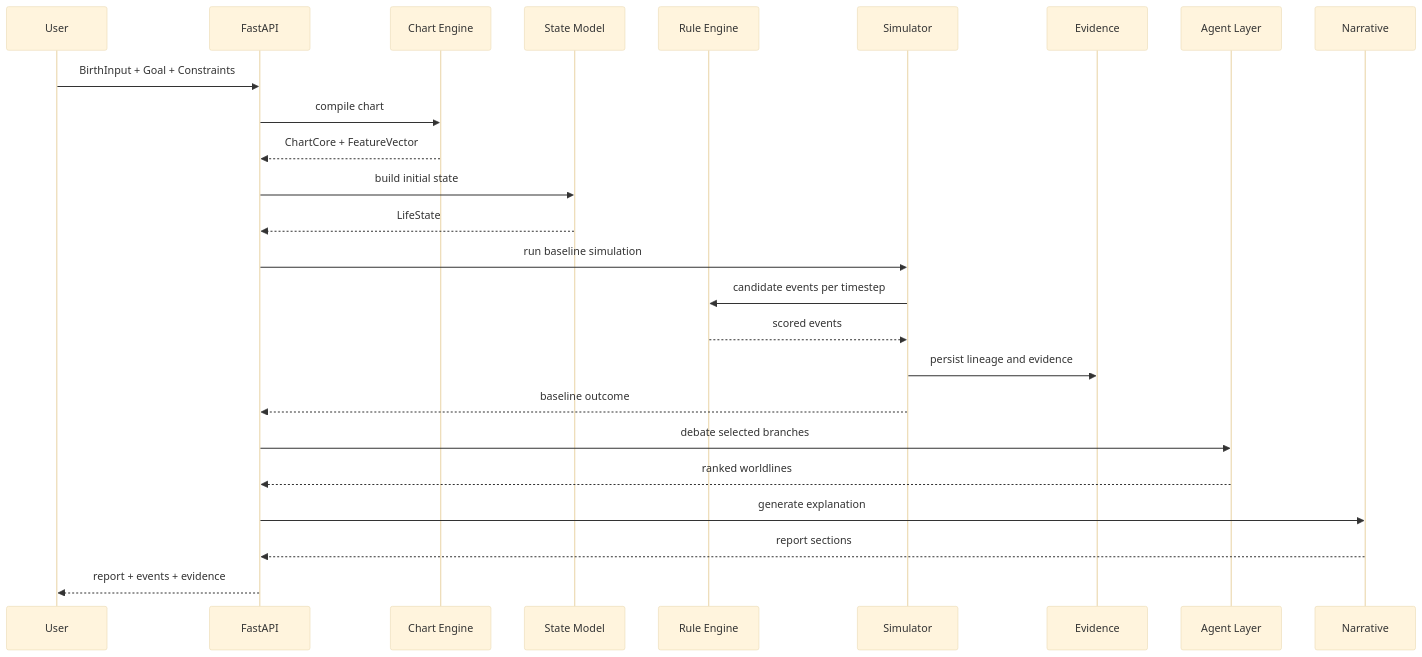
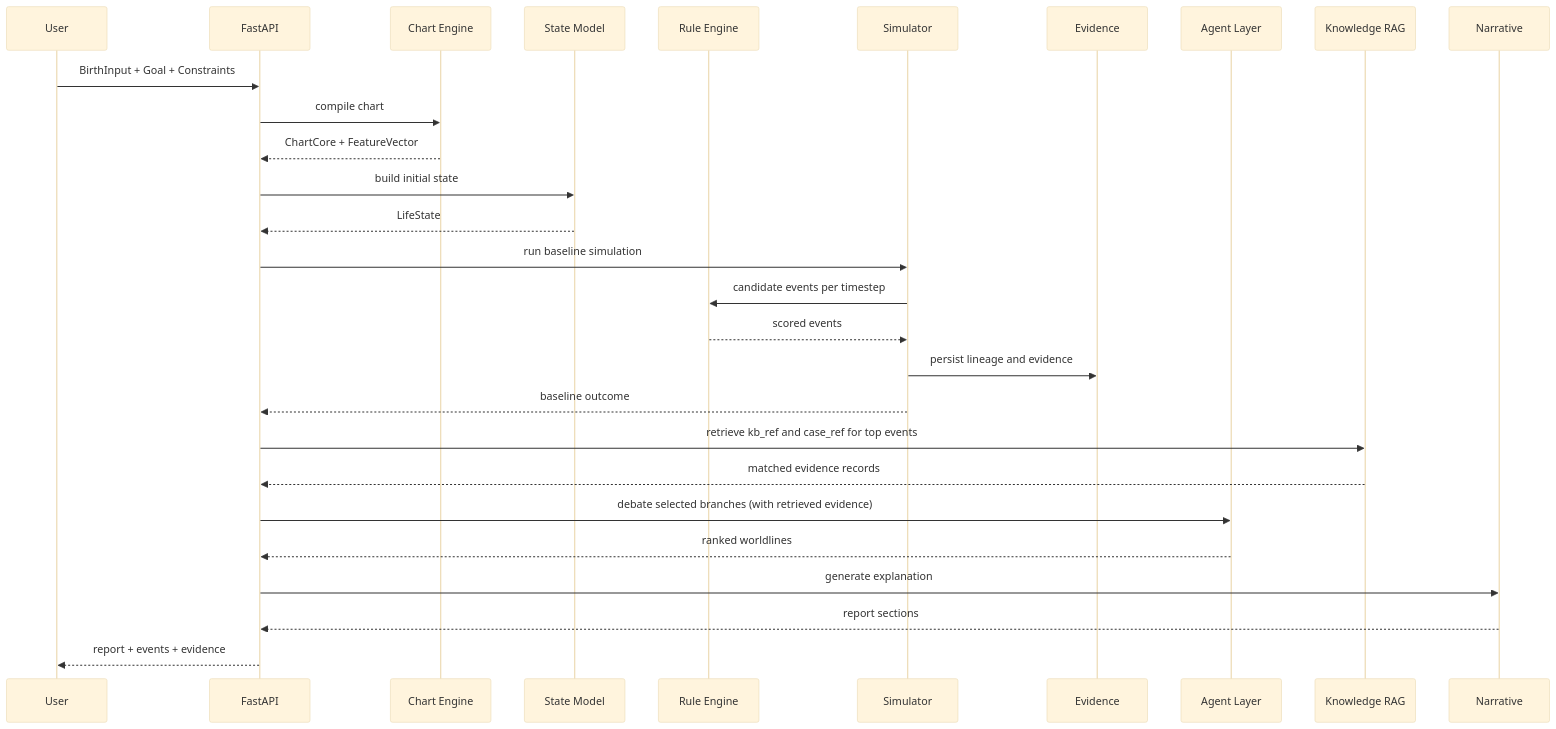
One commit to kimjuyoung1127/agentsaju changed the diagram in docs/02-core-architecture.md. Above: the diagram before and after it, drawn with Mermaid (base theme). The commit also changed other lines of this file and 5 other files, not shown here.

First line of the commit message:
Enhance design docs with 5 architectural improvements

````diff
--- a/docs/02-core-architecture.md
+++ b/docs/02-core-architecture.md
@@ -29,28 +31,31 @@
 ```mermaid
 sequenceDiagram
     participant U as User
     participant API as FastAPI
     participant CE as Chart Engine
     participant SM as State Model
     participant RE as Rule Engine
     participant SIM as Simulator
     participant EV as Evidence
     participant AG as Agent Layer
+    participant KR as Knowledge RAG
     participant NL as Narrative
 
     U->>API: BirthInput + Goal + Constraints
     API->>CE: compile chart
     CE-->>API: ChartCore + FeatureVector
     API->>SM: build initial state
     SM-->>API: LifeState
     API->>SIM: run baseline simulation
     SIM->>RE: candidate events per timestep
     RE-->>SIM: scored events
     SIM->>EV: persist lineage and evidence
     SIM-->>API: baseline outcome
-    API->>AG: debate selected branches
+    API->>KR: retrieve kb_ref and case_ref for top events
+    KR-->>API: matched evidence records
+    API->>AG: debate selected branches (with retrieved evidence)
     AG-->>API: ranked worldlines
     API->>NL: generate explanation
     NL-->>API: report sections
     API-->>U: report + events + evidence
 ```
````
